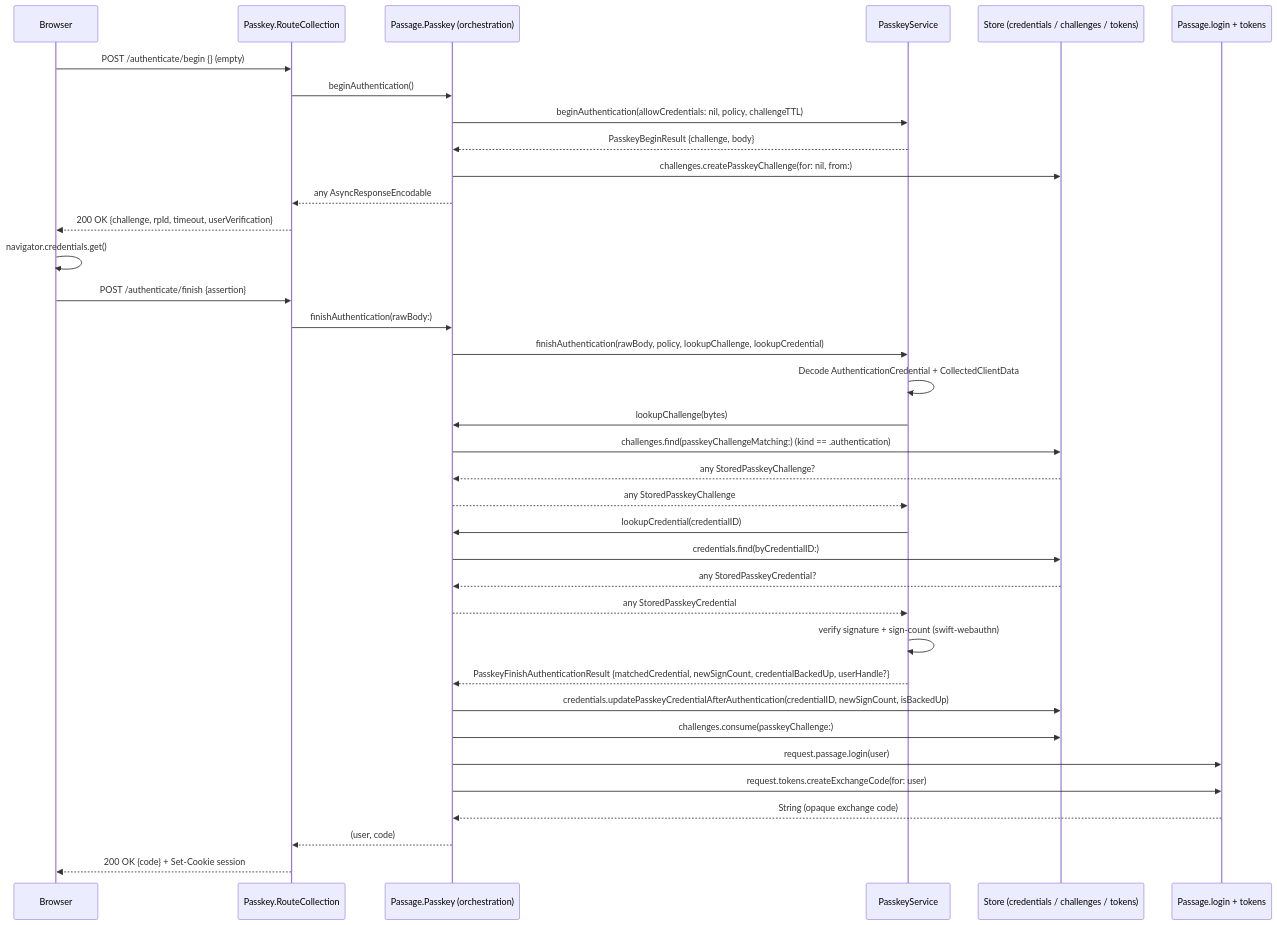
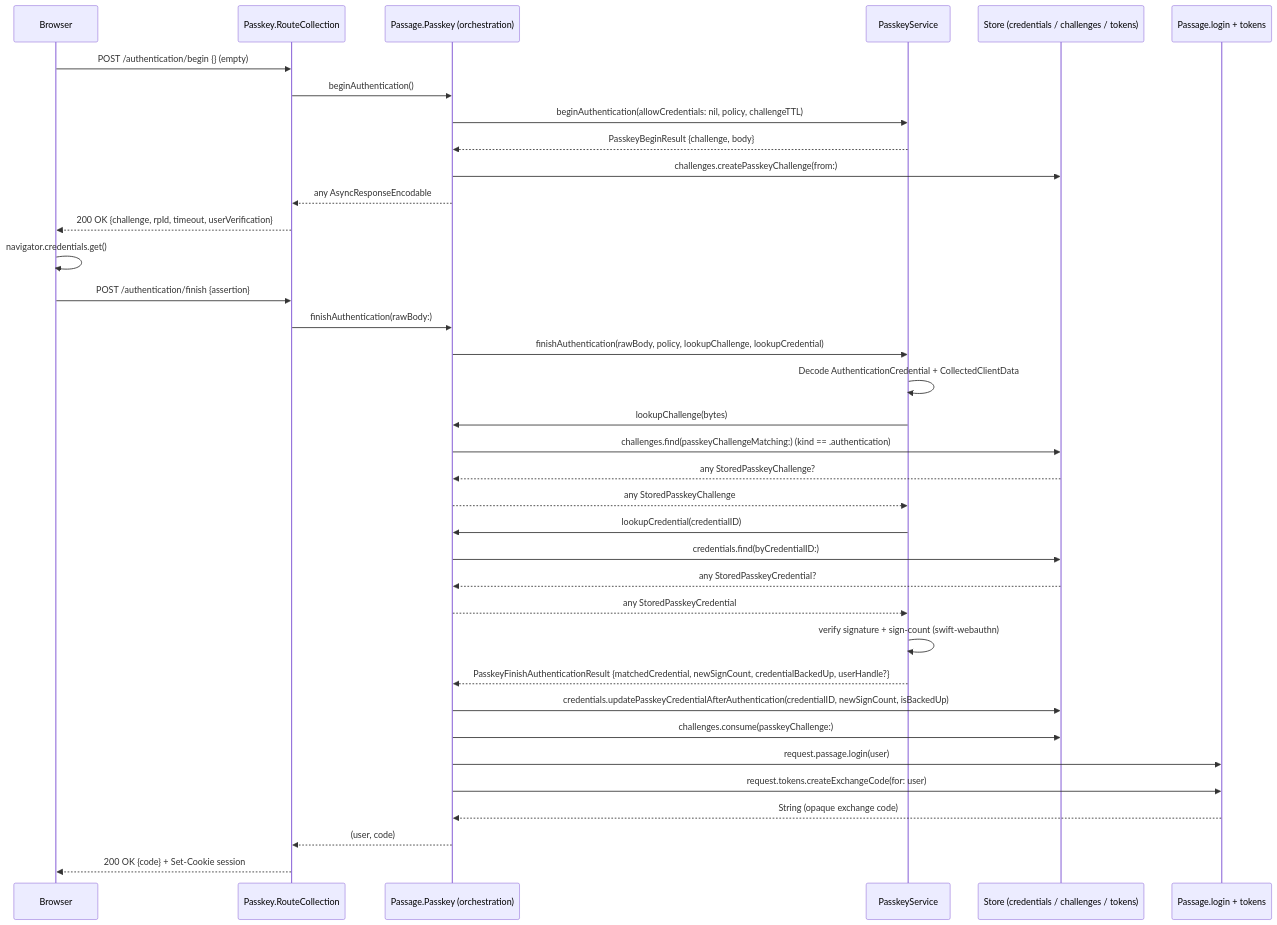
One commit to rozd/passage changed the second of 2 diagrams in Sources/Passage/Features/Passkey/README.md. Above: the diagram before and after it, drawn with Mermaid. The commit also changed other lines of this file and 9 other files, not shown here.

````diff
--- a/Sources/Passage/Features/Passkey/README.md
+++ b/Sources/Passage/Features/Passkey/README.md
@@ -235,41 +274,41 @@
 ```mermaid
 sequenceDiagram
     participant Browser
     participant Routes as Passkey.RouteCollection
     participant Orch as Passage.Passkey (orchestration)
     participant Svc as PasskeyService
     participant Store as Store (credentials / challenges / tokens)
     participant Session as Passage.login + tokens
 
-    Browser->>Routes: POST /authenticate/begin {} (empty)
+    Browser->>Routes: POST /authentication/begin {} (empty)
     Routes->>Orch: beginAuthentication()
     Orch->>Svc: beginAuthentication(allowCredentials: nil, policy, challengeTTL)
     Svc-->>Orch: PasskeyBeginResult {challenge, body}
-    Orch->>Store: challenges.createPasskeyChallenge(for: nil, from:)
+    Orch->>Store: challenges.createPasskeyChallenge(from:)
     Orch-->>Routes: any AsyncResponseEncodable
     Routes-->>Browser: 200 OK {challenge, rpId, timeout, userVerification}
 
     Browser->>Browser: navigator.credentials.get()
 
-    Browser->>Routes: POST /authenticate/finish {assertion}
+    Browser->>Routes: POST /authentication/finish {assertion}
     Routes->>Orch: finishAuthentication(rawBody:)
     Orch->>Svc: finishAuthentication(rawBody, policy, lookupChallenge, lookupCredential)
     Svc->>Svc: Decode AuthenticationCredential + CollectedClientData
     Svc->>Orch: lookupChallenge(bytes)
     Orch->>Store: challenges.find(passkeyChallengeMatching:) (kind == .authentication)
     Store-->>Orch: any StoredPasskeyChallenge?
     Orch-->>Svc: any StoredPasskeyChallenge
     Svc->>Orch: lookupCredential(credentialID)
     Orch->>Store: credentials.find(byCredentialID:)
     Store-->>Orch: any StoredPasskeyCredential?
     Orch-->>Svc: any StoredPasskeyCredential
     Svc->>Svc: verify signature + sign-count (swift-webauthn)
     Svc-->>Orch: PasskeyFinishAuthenticationResult {matchedCredential, newSignCount, credentialBackedUp, userHandle?}
     Orch->>Store: credentials.updatePasskeyCredentialAfterAuthentication(credentialID, newSignCount, isBackedUp)
     Orch->>Store: challenges.consume(passkeyChallenge:)
     Orch->>Session: request.passage.login(user)
     Orch->>Session: request.tokens.createExchangeCode(for: user)
     Session-->>Orch: String (opaque exchange code)
     Orch-->>Routes: (user, code)
     Routes-->>Browser: 200 OK {code} + Set-Cookie session
 ```
````
